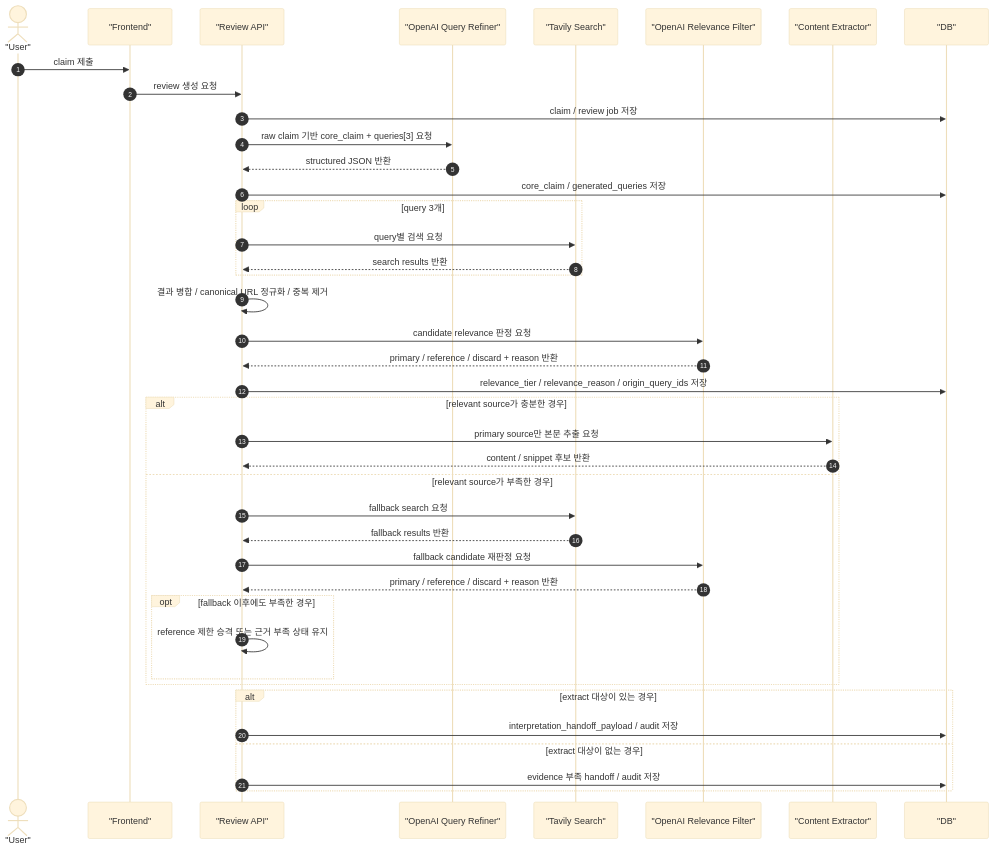
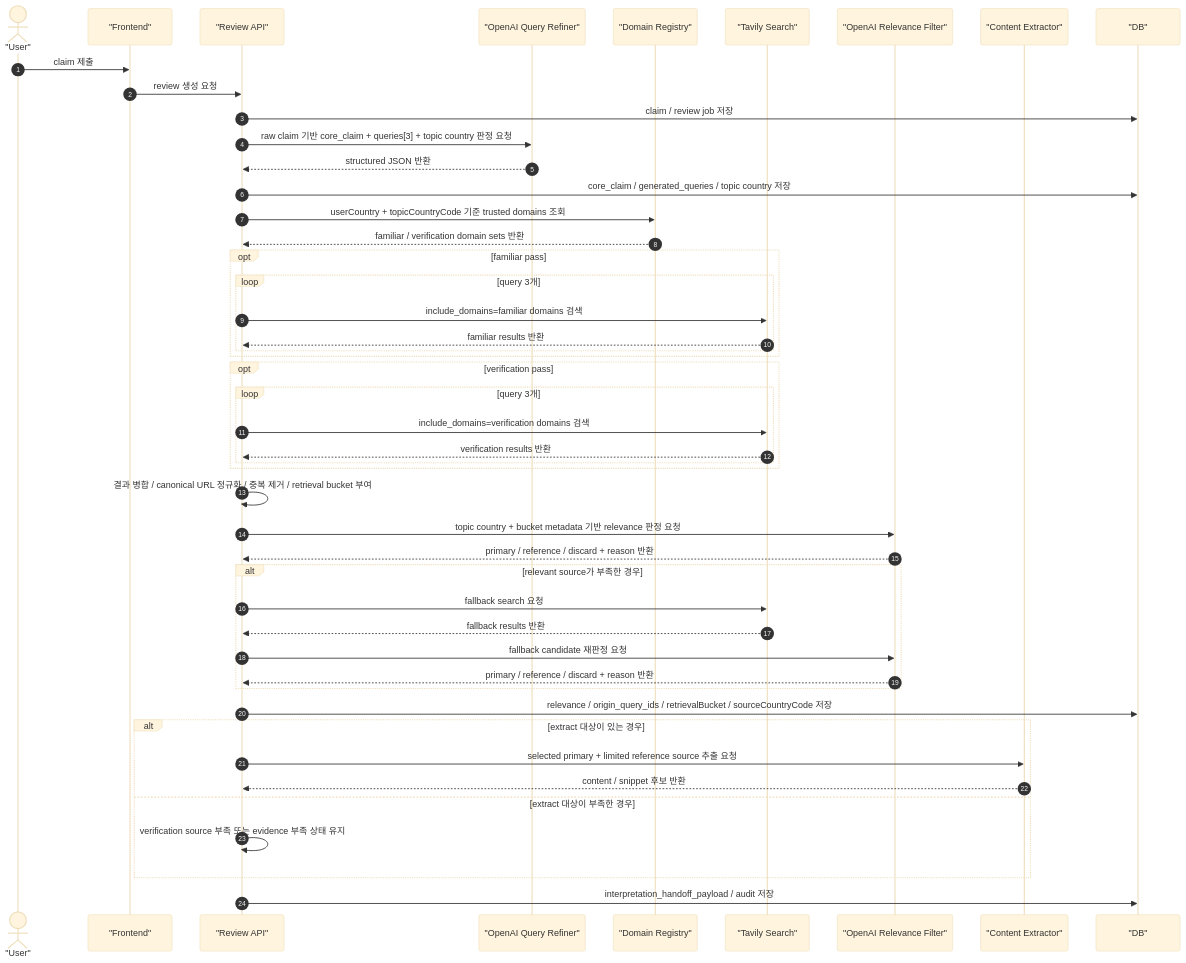
Before and after one commit to dyjeong576/varo: the diagram in docs/review-query-processing.md, drawn with Mermaid (base theme). The commit also changed other lines of this file and 11 other files, not shown here.

````diff
--- a/docs/review-query-processing.md
+++ b/docs/review-query-processing.md
@@ -109,48 +119,59 @@
 ```mermaid
 sequenceDiagram
     autonumber
     actor User as "User"
     participant Frontend as "Frontend"
     participant ReviewAPI as "Review API"
     participant QueryRefiner as "OpenAI Query Refiner"
+    participant DomainRegistry as "Domain Registry"
     participant Tavily as "Tavily Search"
     participant RelevanceFilter as "OpenAI Relevance Filter"
     participant Extractor as "Content Extractor"
     participant DB as "DB"
 
     User->>Frontend: claim 제출
     Frontend->>ReviewAPI: review 생성 요청
     ReviewAPI->>DB: claim / review job 저장
-    ReviewAPI->>QueryRefiner: raw claim 기반 core_claim + queries[3] 요청
+    ReviewAPI->>QueryRefiner: raw claim 기반 core_claim + queries[3] + topic country 판정 요청
     QueryRefiner-->>ReviewAPI: structured JSON 반환
-    ReviewAPI->>DB: core_claim / generated_queries 저장
+    ReviewAPI->>DB: core_claim / generated_queries / topic country 저장
 
-    loop query 3개
-        ReviewAPI->>Tavily: query별 검색 요청
-        Tavily-->>ReviewAPI: search results 반환
+    ReviewAPI->>DomainRegistry: userCountry + topicCountryCode 기준 trusted domains 조회
+    DomainRegistry-->>ReviewAPI: familiar / verification domain sets 반환
+
+    opt familiar pass
+        loop query 3개
+            ReviewAPI->>Tavily: include_domains=familiar domains 검색
+            Tavily-->>ReviewAPI: familiar results 반환
+        end
     end
 
-    ReviewAPI->>ReviewAPI: 결과 병합 / canonical URL 정규화 / 중복 제거
-    ReviewAPI->>RelevanceFilter: candidate relevance 판정 요청
+    opt verification pass
+        loop query 3개
+            ReviewAPI->>Tavily: include_domains=verification domains 검색
+            Tavily-->>ReviewAPI: verification results 반환
+        end
+    end
+
+    ReviewAPI->>ReviewAPI: 결과 병합 / canonical URL 정규화 / 중복 제거 / retrieval bucket 부여
+    ReviewAPI->>RelevanceFilter: topic country + bucket metadata 기반 relevance 판정 요청
     RelevanceFilter-->>ReviewAPI: primary / reference / discard + reason 반환
-    ReviewAPI->>DB: relevance_tier / relevance_reason / origin_query_ids 저장
 
-    alt relevant source가 충분한 경우
-        ReviewAPI->>Extractor: primary source만 본문 추출 요청
-        Extractor-->>ReviewAPI: content / snippet 후보 반환
-    else relevant source가 부족한 경우
+    alt relevant source가 부족한 경우
         ReviewAPI->>Tavily: fallback search 요청
         Tavily-->>ReviewAPI: fallback results 반환
         ReviewAPI->>RelevanceFilter: fallback candidate 재판정 요청
         RelevanceFilter-->>ReviewAPI: primary / reference / discard + reason 반환
-        opt fallback 이후에도 부족한 경우
-            ReviewAPI->>ReviewAPI: reference 제한 승격 또는 근거 부족 상태 유지
-        end
     end
 
+    ReviewAPI->>DB: relevance / origin_query_ids / retrievalBucket / sourceCountryCode 저장
+
     alt extract 대상이 있는 경우
-        ReviewAPI->>DB: interpretation_handoff_payload / audit 저장
-    else extract 대상이 없는 경우
-        ReviewAPI->>DB: evidence 부족 handoff / audit 저장
+        ReviewAPI->>Extractor: selected primary + limited reference source 추출 요청
+        Extractor-->>ReviewAPI: content / snippet 후보 반환
+    else extract 대상이 부족한 경우
+        ReviewAPI->>ReviewAPI: verification source 부족 또는 evidence 부족 상태 유지
     end
+
+    ReviewAPI->>DB: interpretation_handoff_payload / audit 저장
 ```
````
